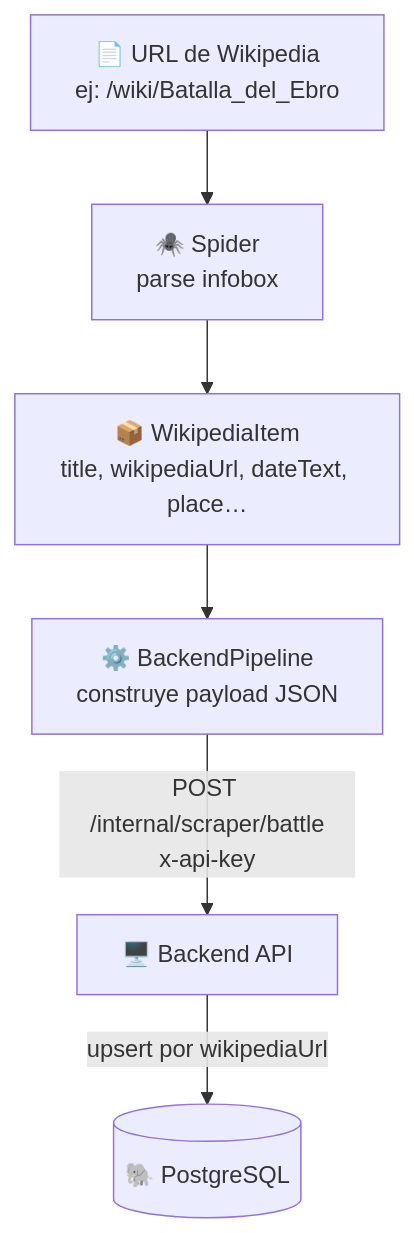
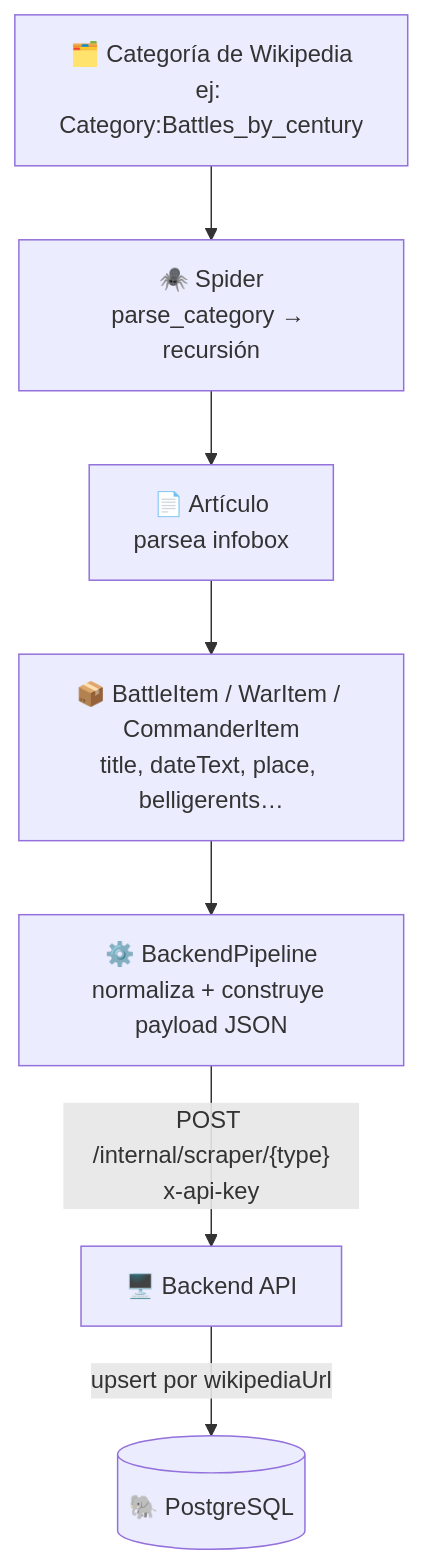
Before and after one commit to mtzgutierrez/bellum-atlas: the diagram in docs/scraper/index.md, drawn with Mermaid. The commit also changed other lines of this file and 4 other files, not shown here.

````diff
--- a/docs/scraper/index.md
+++ b/docs/scraper/index.md
@@ -28,8 +29,9 @@
 ```mermaid
 flowchart TD
-    A["📄 URL de Wikipedia\nej: /wiki/Batalla_del_Ebro"] --> B["🕷️ Spider\nparse infobox"]
-    B --> C["📦 WikipediaItem\ntitle, wikipediaUrl, dateText, place…"]
-    C --> D["⚙️ BackendPipeline\nconstruye payload JSON"]
-    D -->|"POST /internal/scraper/battle\nx-api-key"| E["🖥️ Backend API"]
-    E -->|upsert por wikipediaUrl| F[("🐘 PostgreSQL")]
+    A["🗂️ Categoría de Wikipedia\nej: Category:Battles_by_century"] --> B["🕷️ Spider\nparse_category → recursión"]
+    B --> C["📄 Artículo\nparsea infobox"]
+    C --> D["📦 BattleItem / WarItem / CommanderItem\ntitle, dateText, place, belligerents…"]
+    D --> E["⚙️ BackendPipeline\nnormaliza + construye payload JSON"]
+    E -->|"POST /internal/scraper/{type}\nx-api-key"| F["🖥️ Backend API"]
+    F -->|upsert por wikipediaUrl| G[("🐘 PostgreSQL")]
 ```
````
